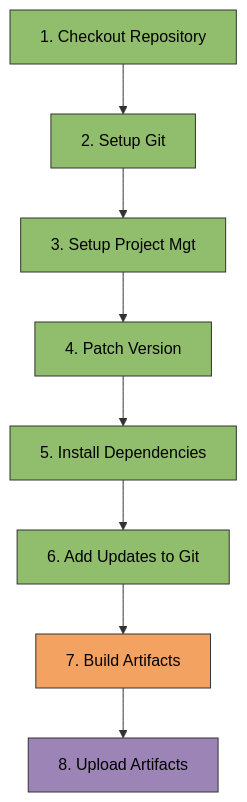
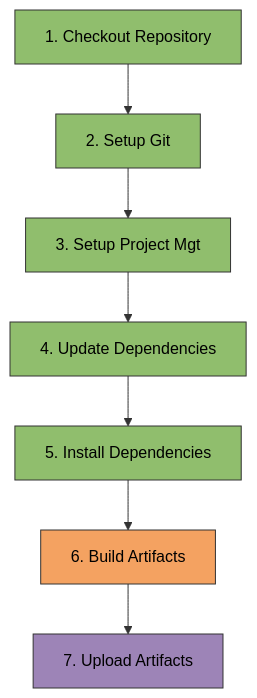
One commit to Winipedia/pyrig changed the second of 3 diagrams in docs/configs/workflows/build.md. Above: the diagram before and after it, drawn with Mermaid. The commit also changed other lines of this file and 9 other files, not shown here.

````diff
--- a/docs/configs/workflows/build.md
+++ b/docs/configs/workflows/build.md
@@ -71,19 +71,17 @@
 ```mermaid
 graph TD
     S1[1. Checkout Repository] --> S2[2. Setup Git]
     S2 --> S3[3. Setup Project Mgt]
-    S3 --> S4[4. Patch Version]
+    S3 --> S4[4. Update Dependencies]
     S4 --> S5[5. Install Dependencies]
-    S5 --> S6[6. Add Updates to Git]
-    S6 --> S7[7. Build Artifacts]
-    S7 --> S8[8. Upload Artifacts]
+    S5 --> S6[6. Build Artifacts]
+    S6 --> S7[7. Upload Artifacts]
 
     style S1 fill:#90be6d,stroke:#333,stroke-width:1px,color:#000
     style S2 fill:#90be6d,stroke:#333,stroke-width:1px,color:#000
     style S3 fill:#90be6d,stroke:#333,stroke-width:1px,color:#000
-    style S4 fill:#90be6d,stroke:#333,stroke-width:1px,color:#000
-    style S5 fill:#90be6d,stroke:#333,stroke-width:1px,color:#000
-    style S6 fill:#90be6d,stroke:#333,stroke-width:1px,color:#000
-    style S7 fill:#f4a261,stroke:#333,stroke-width:1px,color:#000
-    style S8 fill:#9d84b7,stroke:#333,stroke-width:1px,color:#000
+	    style S4 fill:#90be6d,stroke:#333,stroke-width:1px,color:#000
+	    style S5 fill:#90be6d,stroke:#333,stroke-width:1px,color:#000
+	    style S6 fill:#f4a261,stroke:#333,stroke-width:1px,color:#000
+	    style S7 fill:#9d84b7,stroke:#333,stroke-width:1px,color:#000
 ```
````
